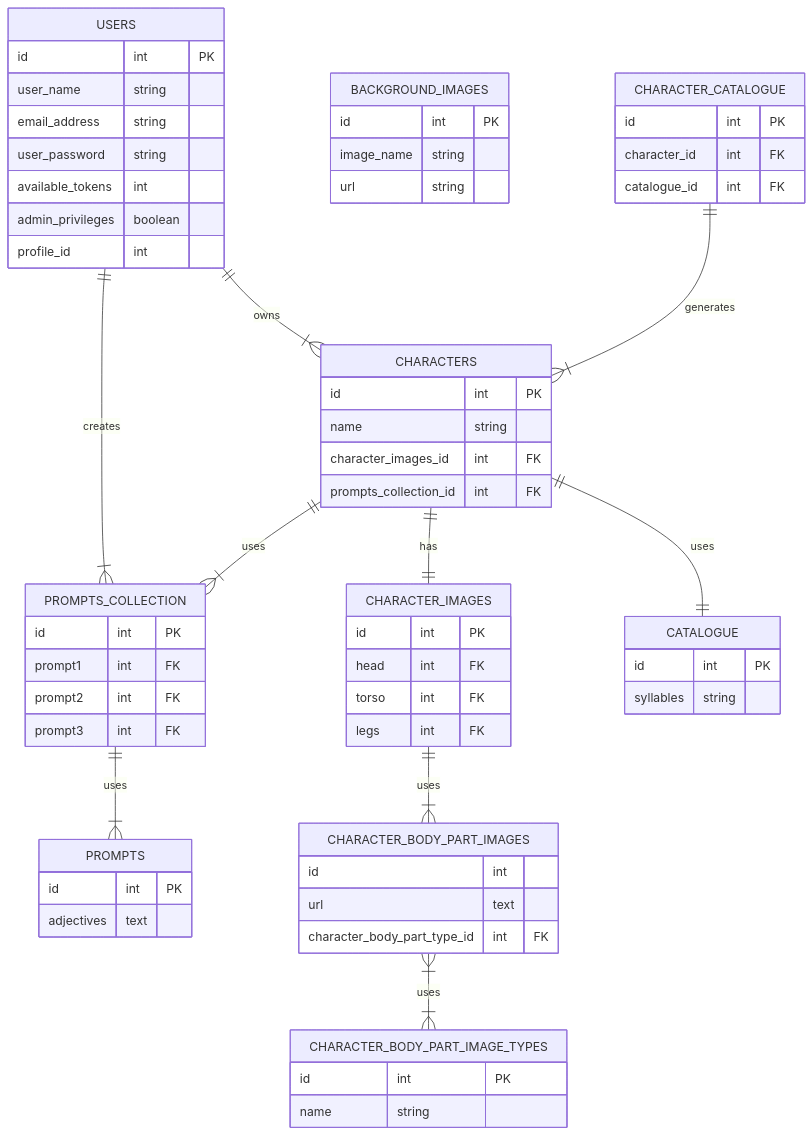
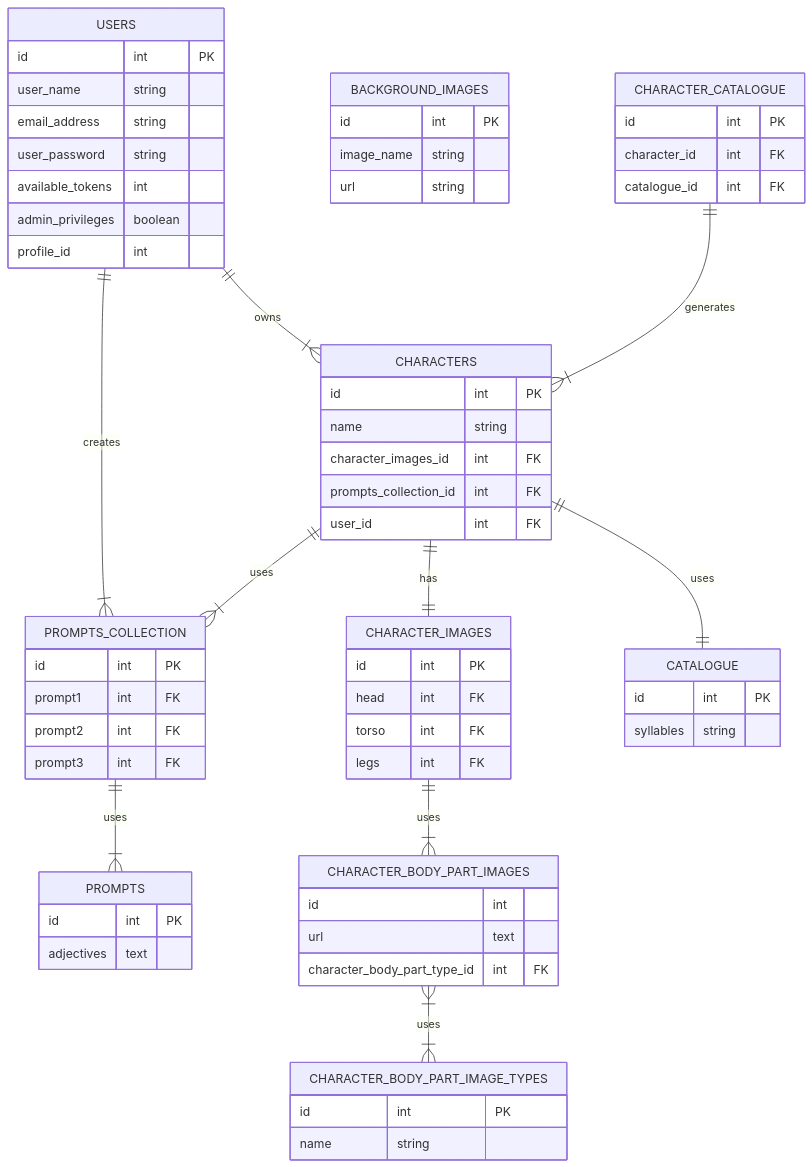
Before and after one commit to Wren00/create-an-orc: the second of 2 diagrams in README.md, drawn with Mermaid.

````diff
--- a/README.md
+++ b/README.md
@@ -68,68 +68,69 @@
 ```mermaid
 erDiagram
 direction TB
 USERS {
 	id int PK
 	user_name string
 	email_address string
 	user_password string
 	available_tokens int
 	admin_privileges boolean 
 	profile_id int
 }
 PROMPTS {
  	id int PK
 	adjectives text
 }
 PROMPTS_COLLECTION {
 	id int PK
 	prompt1 int FK
 	prompt2 int FK
 	prompt3 int FK
 }
 CHARACTERS {
  	id int PK
 	name string
 	character_images_id int FK
 	prompts_collection_id int FK
+	user_id int FK
 }
 CHARACTER_IMAGES {
 	id int PK
 	head int FK
 	torso int FK
 	legs int FK
 }
 CHARACTER_BODY_PART_IMAGES {
 	id int
 	url text 
 	character_body_part_type_id int FK
 }
 CHARACTER_BODY_PART_IMAGE_TYPES {
 	id int PK
 	name string
 }
 BACKGROUND_IMAGES {
  	id int PK
 	image_name string
 	url string
 }
 CHARACTER_CATALOGUE {
 	id int PK
 	character_id int FK
 	catalogue_id int FK
 }
 CATALOGUE {
     id int PK
     syllables string
 }
 	USERS ||--|{ PROMPTS_COLLECTION : creates
 	USERS ||--|{ CHARACTERS : owns
 	CHARACTERS ||--|{ PROMPTS_COLLECTION : uses
 	CHARACTERS ||--|| CHARACTER_IMAGES : has
 	CHARACTERS ||--|| CATALOGUE : uses
 	CHARACTER_IMAGES ||--|{ CHARACTER_BODY_PART_IMAGES : uses
 	CHARACTER_BODY_PART_IMAGES }|--|{ CHARACTER_BODY_PART_IMAGE_TYPES : uses
 	CHARACTER_CATALOGUE ||--|{ CHARACTERS : generates
 	PROMPTS_COLLECTION ||--|{ PROMPTS : uses
 	
 ```
````
